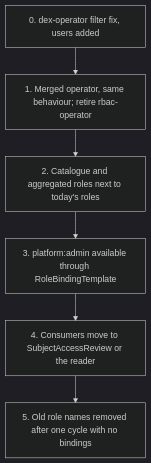
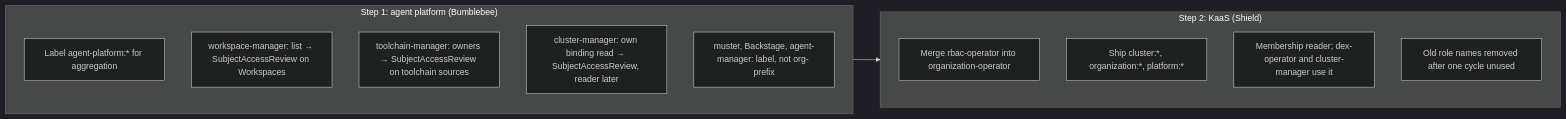
Before and after one commit to giantswarm/rfc: the fifth of 5 diagrams in organization-roles/README.md, drawn with Mermaid (dark theme). The commit also changed other lines of this file, not shown here.

First line of the commit message:
Restructure organization-roles RFC for readability and a two-step rollout

````diff
--- a/organization-roles/README.md
+++ b/organization-roles/README.md
@@ -289,8 +170,17 @@
 ```mermaid
-flowchart TD
-  S0[0. dex-operator filter fix, users added] --> S1[1. Merged operator, same behaviour; retire rbac-operator]
-  S1 --> S2[2. Catalogue and aggregated roles next to today's roles]
-  S2 --> S3[3. platform:admin available through RoleBindingTemplate]
-  S3 --> S4[4. Consumers move to SubjectAccessReview or the reader]
-  S4 --> S5[5. Old role names removed after one cycle with no bindings]
+flowchart LR
+  subgraph step1["Step 1: agent platform (Bumblebee)"]
+    A1[Label agent-platform:* for aggregation]
+    A2[workspace-manager: list → SubjectAccessReview on Workspaces]
+    A3[toolchain-manager: owners → SubjectAccessReview on toolchain sources]
+    A4[cluster-manager: own binding read → SubjectAccessReview, reader later]
+    A5[muster, Backstage, agent-manager: label, not org- prefix]
+  end
+  subgraph step2["Step 2: KaaS (Shield)"]
+    B1[Merge rbac-operator into organization-operator]
+    B2[Ship cluster:*, organization:*, platform:*]
+    B3[Membership reader; dex-operator and cluster-manager use it]
+    B4[Old role names removed after one cycle unused]
+  end
+  step1 --> step2
 ```
````
